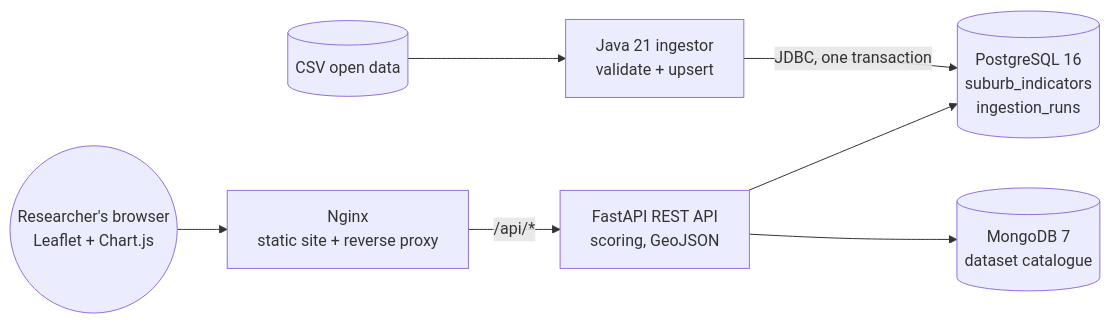
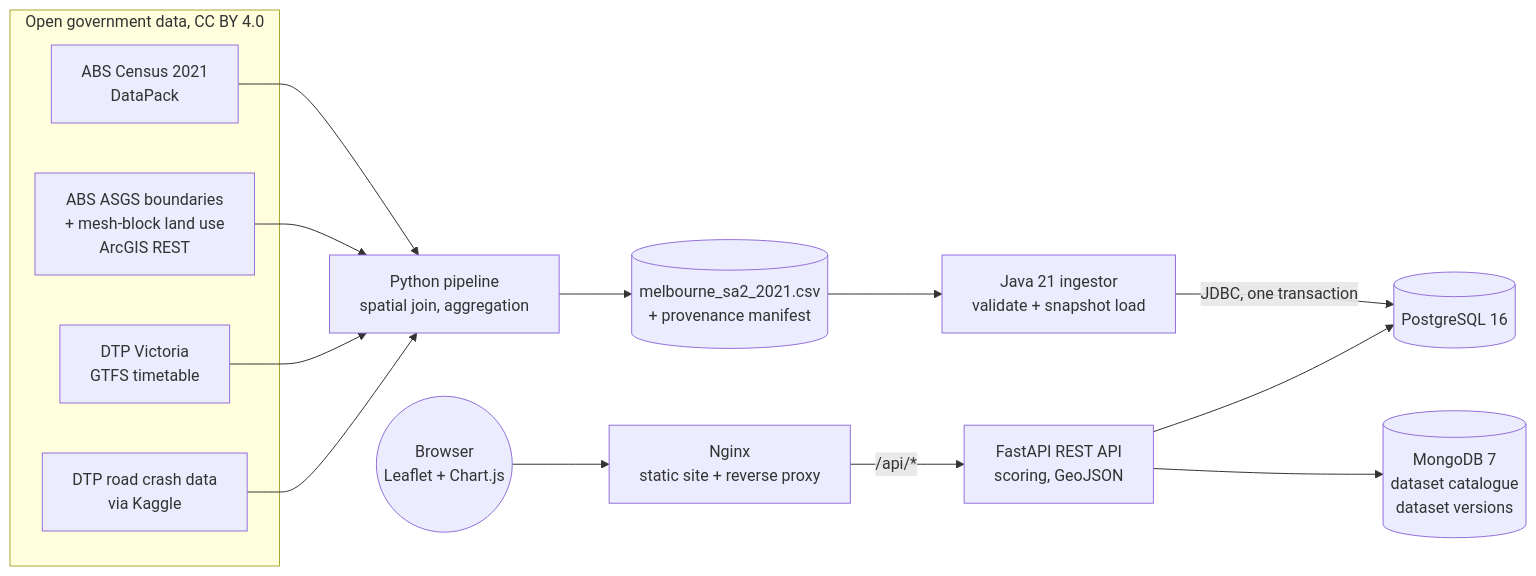
Before and after one commit to Sri0401/project27: the diagram in README.md, drawn with Mermaid. The commit also changed other lines of this file and 4 other files, not shown here.

Commit message:
docs, ci: data notices, README updates, pipeline and Terraform CI jobs

````diff
--- a/README.md
+++ b/README.md
@@ -13,9 +16,17 @@
 ```mermaid
 flowchart LR
-    CSV[(CSV open data)] --> ING[Java 21 ingestor<br/>validate + upsert]
-    ING -->|JDBC, one transaction| PG[(PostgreSQL 16<br/>suburb_indicators<br/>ingestion_runs)]
+    subgraph Sources[Open government data, CC BY 4.0]
+      CEN[ABS Census 2021<br/>DataPack]
+      ASGS[ABS ASGS boundaries<br/>+ mesh-block land use<br/>ArcGIS REST]
+      GTFS[DTP Victoria<br/>GTFS timetable]
+      CRASH[DTP road crash data<br/>via Kaggle]
+    end
+    CEN & ASGS & GTFS & CRASH --> PIPE[Python pipeline<br/>spatial join, aggregation]
+    PIPE --> CSV[(melbourne_sa2_2021.csv<br/>+ provenance manifest)]
+    CSV --> ING[Java 21 ingestor<br/>validate + snapshot load]
+    ING -->|JDBC, one transaction| PG[(PostgreSQL 16)]
     API[FastAPI REST API<br/>scoring, GeoJSON] --> PG
-    API --> MG[(MongoDB 7<br/>dataset catalogue)]
+    API --> MG[(MongoDB 7<br/>dataset catalogue<br/>dataset versions)]
     WEB[Nginx<br/>static site + reverse proxy] -->|/api/*| API
-    U((Researcher's browser<br/>Leaflet + Chart.js)) --> WEB
+    U((Browser<br/>Leaflet + Chart.js)) --> WEB
 ```
````
